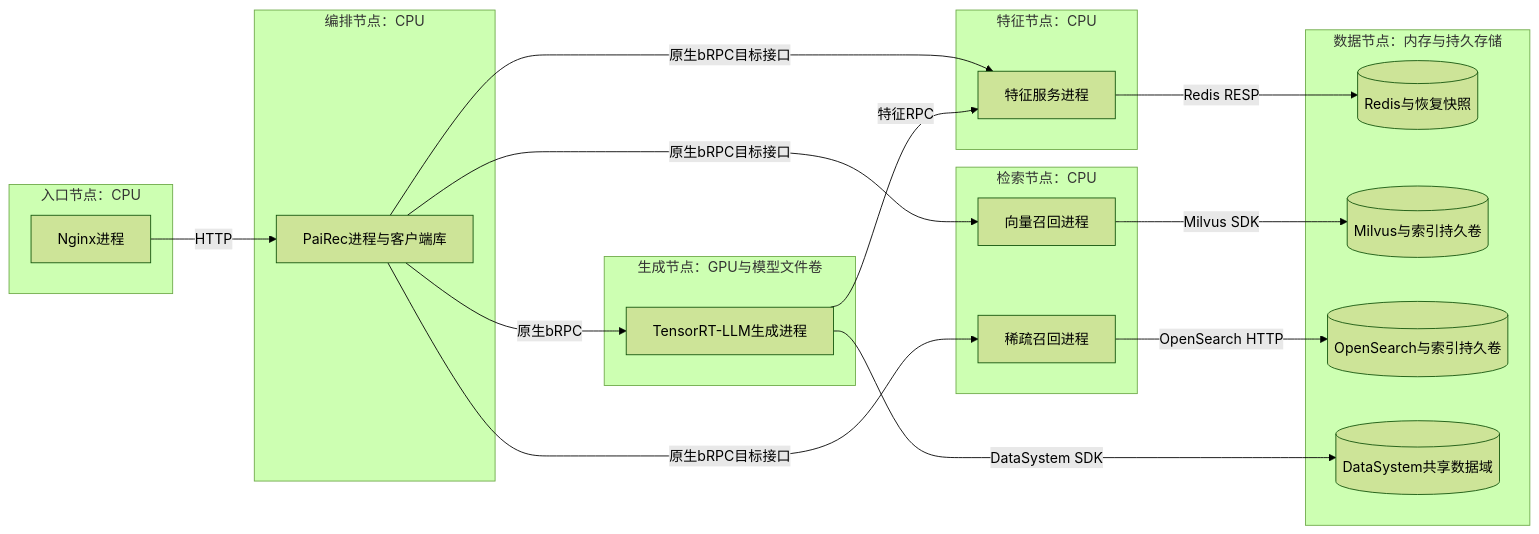
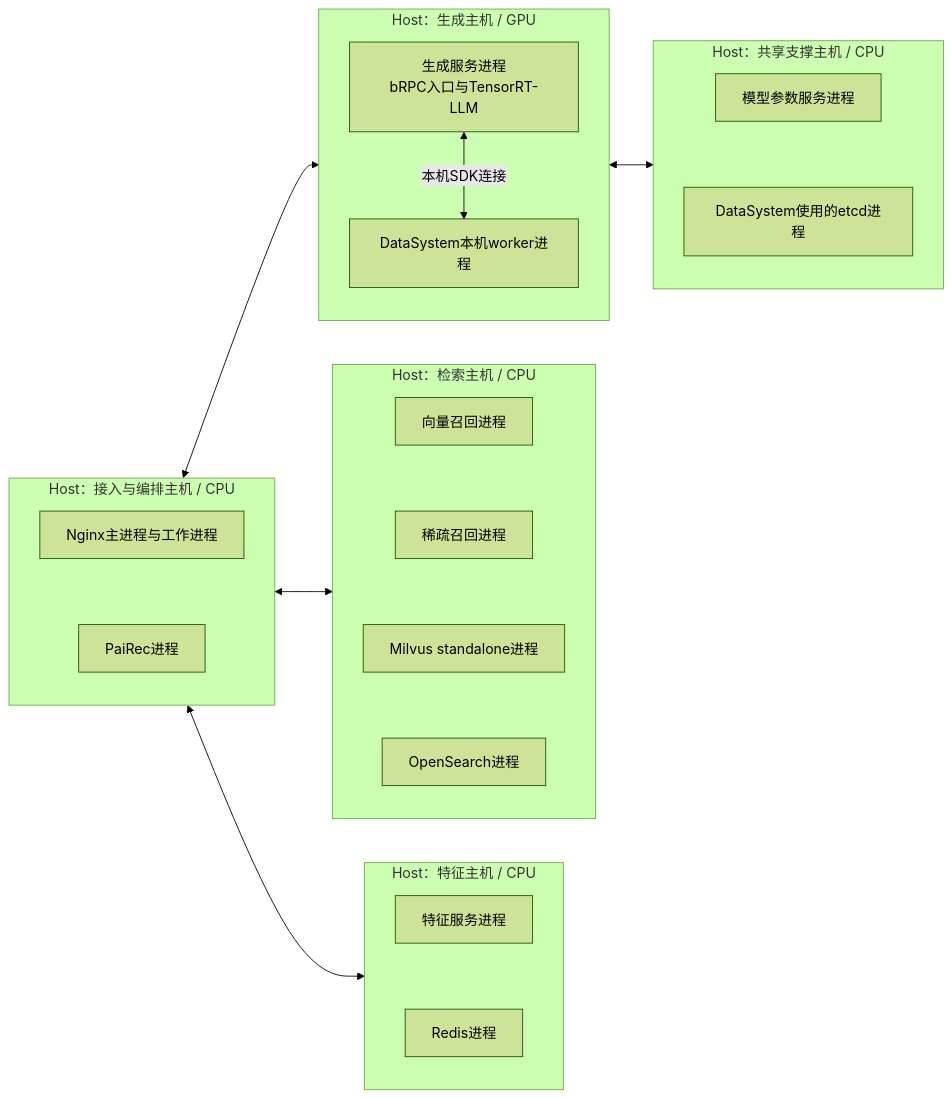
The diagram in diagrams/01_system_06.mmd (bitianyuan123/docs), drawn with Mermaid (forest theme) before and after one commit. The commit also changed 74 other files, not shown here.

```diff
--- a/diagrams/01_system_06.mmd
+++ b/diagrams/01_system_06.mmd
@@ -1,33 +1,37 @@
 flowchart LR
-    subgraph Access[入口节点：CPU]
-        N[Nginx进程]
+    subgraph AppHost[Host：接入与编排主机 / CPU]
+        direction TB
+        N[Nginx主进程与工作进程]
+        P[PaiRec进程]
+        N ~~~ P
     end
-    subgraph App[编排节点：CPU]
-        P[PaiRec进程与客户端库]
+    subgraph FeatureHost[Host：特征主机 / CPU]
+        direction TB
+        F[特征服务进程]
+        R[Redis进程]
+        F ~~~ R
     end
-    subgraph Feature[特征节点：CPU]
-        F[特征服务进程]
-    end
-    subgraph Retrieval[检索节点：CPU]
+    subgraph SearchHost[Host：检索主机 / CPU]
+        direction TB
         V[向量召回进程]
         S[稀疏召回进程]
+        M[Milvus standalone进程]
+        O[OpenSearch进程]
+        V ~~~ S ~~~ M ~~~ O
     end
-    subgraph GPU[生成节点：GPU与模型文件卷]
-        G[TensorRT-LLM生成进程]
+    subgraph GenHost[Host：生成主机 / GPU]
+        direction TB
+        G[生成服务进程<br/>bRPC入口与TensorRT-LLM]
+        GW[DataSystem本机worker进程]
+        G <-->|本机SDK连接| GW
     end
-    subgraph Data[数据节点：内存与持久存储]
-        R[(Redis与恢复快照)]
-        M[(Milvus与索引持久卷)]
-        O[(OpenSearch与索引持久卷)]
-        K[(DataSystem共享数据域)]
+    subgraph SharedHost[Host：共享支撑主机 / CPU]
+        direction TB
+        PS[模型参数服务进程]
+        E[DataSystem使用的etcd进程]
+        PS ~~~ E
     end
-    N -->|HTTP| P
-    P -->|原生bRPC目标接口| F
-    P -->|原生bRPC目标接口| V
-    P -->|原生bRPC目标接口| S
-    P -->|原生bRPC| G
-    G -->|特征RPC| F
-    F -->|Redis RESP| R
-    V -->|Milvus SDK| M
-    S -->|OpenSearch HTTP| O
-    G -->|DataSystem SDK| K
+    AppHost <--> SearchHost
+    AppHost <--> GenHost
+    AppHost <--> FeatureHost
+    GenHost <--> SharedHost
```
